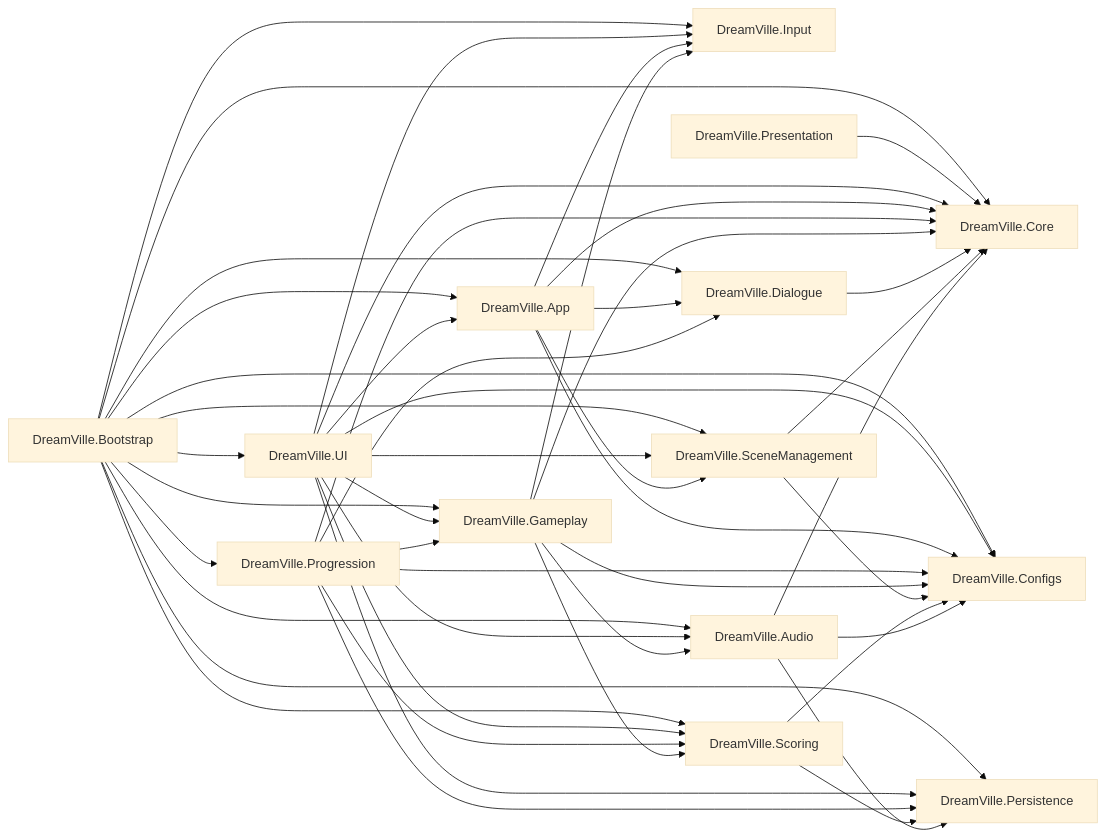
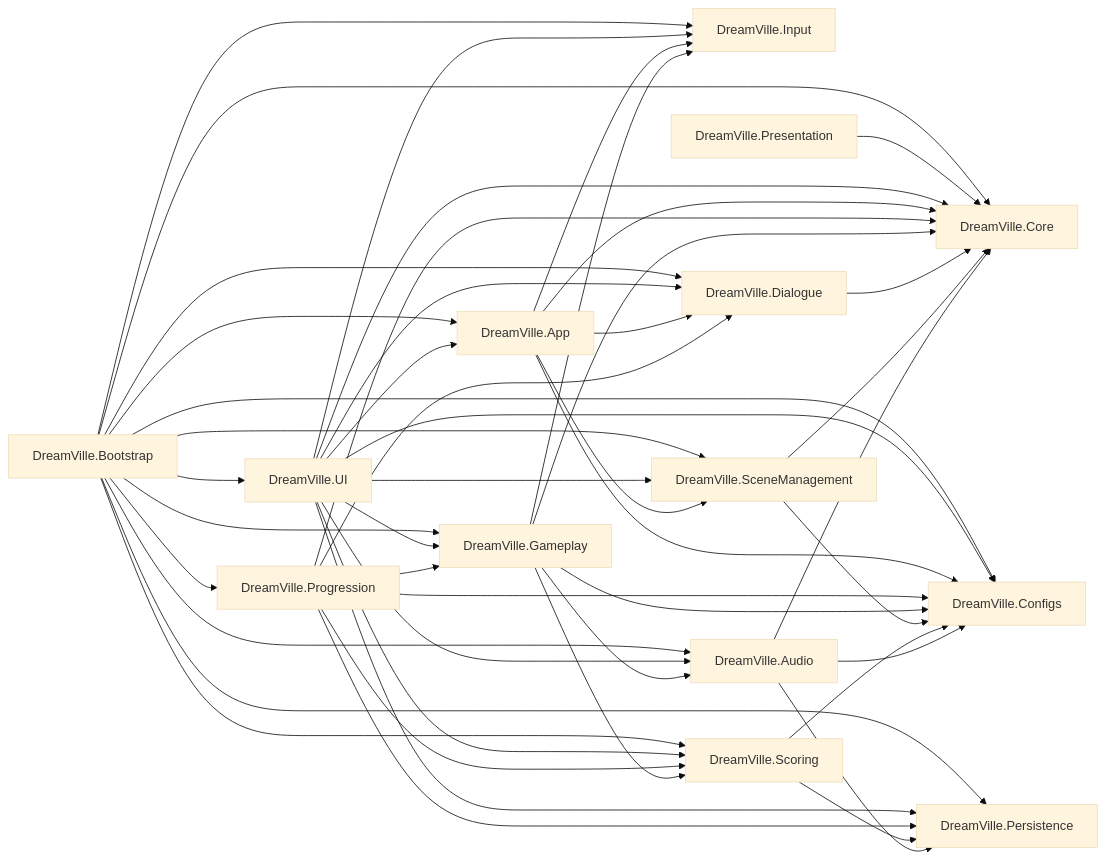
Before and after one commit to ruslanguba/DreamVille: the diagram in Docs/adr/0002-assembly-layering.md, drawn with Mermaid (base theme). The commit also changed other lines of this file and 5 other files, not shown here.

````diff
--- a/Docs/adr/0002-assembly-layering.md
+++ b/Docs/adr/0002-assembly-layering.md
@@ -14,64 +14,65 @@
 ```mermaid
 graph LR
     Configs[DreamVille.Configs]
     Core[DreamVille.Core]
     Input[DreamVille.Input]
     Persistence[DreamVille.Persistence]
     Audio[DreamVille.Audio]
     Scoring[DreamVille.Scoring]
     SceneManagement[DreamVille.SceneManagement]
     Dialogue[DreamVille.Dialogue]
     Gameplay[DreamVille.Gameplay]
     Progression[DreamVille.Progression]
     App[DreamVille.App]
     UI[DreamVille.UI]
     Presentation[DreamVille.Presentation]
     Bootstrap[DreamVille.Bootstrap]
 
     Audio --> Configs
     Audio --> Core
     Audio --> Persistence
     Scoring --> Configs
     Scoring --> Persistence
     SceneManagement --> Core
     SceneManagement --> Configs
     Dialogue --> Core
     Gameplay --> Audio
     Gameplay --> Configs
     Gameplay --> Core
     Gameplay --> Input
     Gameplay --> Scoring
     Progression --> Configs
     Progression --> Core
     Progression --> Dialogue
     Progression --> Gameplay
     Progression --> Persistence
     Progression --> Scoring
     App --> Configs
     App --> Core
     App --> Dialogue
     App --> Input
     App --> SceneManagement
     UI --> App
     UI --> Audio
     UI --> Configs
     UI --> Core
+    UI --> Dialogue
     UI --> Gameplay
     UI --> Input
     UI --> Persistence
     UI --> SceneManagement
     UI --> Scoring
     Presentation --> Core
     Bootstrap --> App
     Bootstrap --> Audio
     Bootstrap --> Configs
     Bootstrap --> Core
     Bootstrap --> Dialogue
     Bootstrap --> Gameplay
     Bootstrap --> Input
     Bootstrap --> Persistence
     Bootstrap --> Progression
     Bootstrap --> SceneManagement
     Bootstrap --> Scoring
     Bootstrap --> UI
 ```
````
